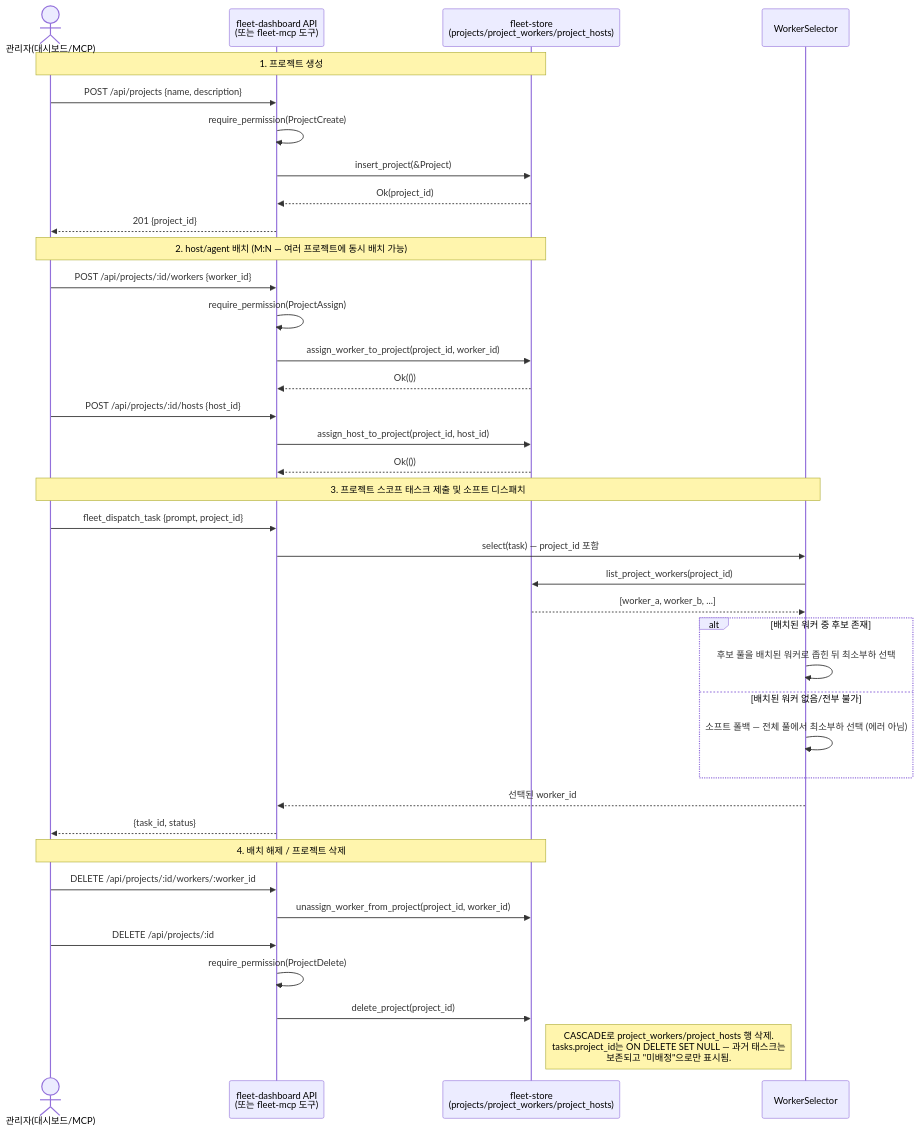
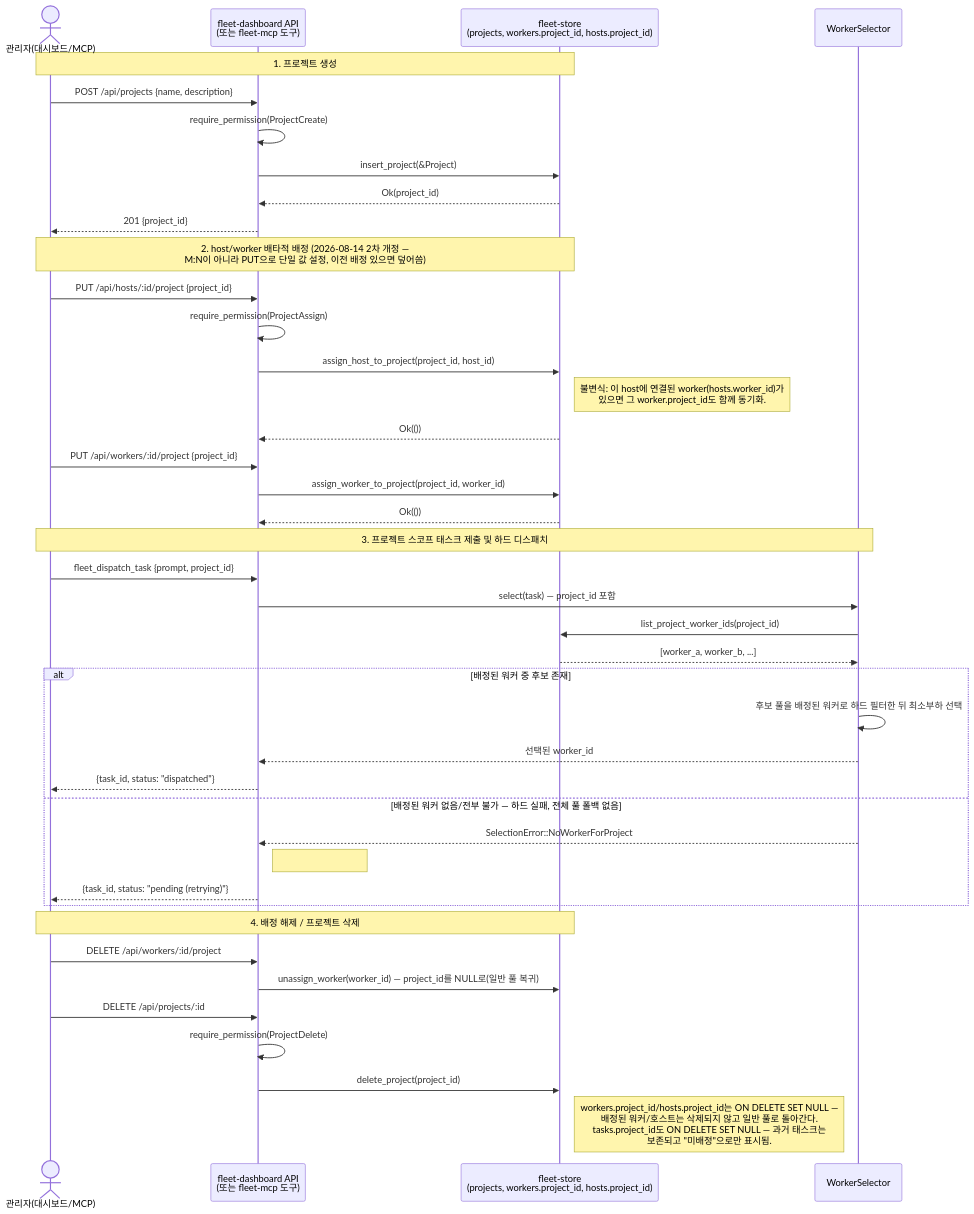
The diagram in docs/assets/diagrams/architecture/project-assignment-lifecycle.mermaid (yarang/grok-fleet-orchestrator), drawn with Mermaid before and after one commit. The commit also changed 6 other files, not shown here.

```diff
--- a/docs/assets/diagrams/architecture/project-assignment-lifecycle.mermaid
+++ b/docs/assets/diagrams/architecture/project-assignment-lifecycle.mermaid
@@ -1,42 +1,45 @@
 sequenceDiagram
     actor Admin as 관리자(대시보드/MCP)
     participant API as fleet-dashboard API<br/>(또는 fleet-mcp 도구)
-    participant Store as fleet-store<br/>(projects/project_workers/project_hosts)
+    participant Store as fleet-store<br/>(projects, workers.project_id, hosts.project_id)
     participant Sel as WorkerSelector
 
     Note over Admin,Store: 1. 프로젝트 생성
     Admin->>API: POST /api/projects {name, description}
     API->>API: require_permission(ProjectCreate)
     API->>Store: insert_project(&Project)
     Store-->>API: Ok(project_id)
     API-->>Admin: 201 {project_id}
 
-    Note over Admin,Store: 2. host/agent 배치 (M:N — 여러 프로젝트에 동시 배치 가능)
-    Admin->>API: POST /api/projects/:id/workers {worker_id}
+    Note over Admin,Store: 2. host/worker 배타적 배정 (2026-08-14 2차 개정 —<br/>M:N이 아니라 PUT으로 단일 값 설정, 이전 배정 있으면 덮어씀)
+    Admin->>API: PUT /api/hosts/:id/project {project_id}
     API->>API: require_permission(ProjectAssign)
+    API->>Store: assign_host_to_project(project_id, host_id)
+    Note right of Store: 불변식: 이 host에 연결된 worker(hosts.worker_id)가<br/>있으면 그 worker.project_id도 함께 동기화.
+    Store-->>API: Ok(())
+    Admin->>API: PUT /api/workers/:id/project {project_id}
     API->>Store: assign_worker_to_project(project_id, worker_id)
     Store-->>API: Ok(())
-    Admin->>API: POST /api/projects/:id/hosts {host_id}
-    API->>Store: assign_host_to_project(project_id, host_id)
-    Store-->>API: Ok(())
 
-    Note over Admin,Sel: 3. 프로젝트 스코프 태스크 제출 및 소프트 디스패치
+    Note over Admin,Sel: 3. 프로젝트 스코프 태스크 제출 및 하드 디스패치
     Admin->>API: fleet_dispatch_task {prompt, project_id}
     API->>Sel: select(task) — project_id 포함
-    Sel->>Store: list_project_workers(project_id)
+    Sel->>Store: list_project_worker_ids(project_id)
     Store-->>Sel: [worker_a, worker_b, ...]
-    alt 배치된 워커 중 후보 존재
-        Sel->>Sel: 후보 풀을 배치된 워커로 좁힌 뒤 최소부하 선택
-    else 배치된 워커 없음/전부 불가
-        Sel->>Sel: 소프트 폴백 — 전체 풀에서 최소부하 선택 (에러 아님)
+    alt 배정된 워커 중 후보 존재
+        Sel->>Sel: 후보 풀을 배정된 워커로 하드 필터한 뒤 최소부하 선택
+        Sel-->>API: 선택된 worker_id
+        API-->>Admin: {task_id, status: "dispatched"}
+    else 배정된 워커 없음/전부 불가 — 하드 실패, 전체 풀 폴백 없음
+        Sel-->>API: SelectionError::NoWorkerForProject
+        Note right of API: #38의 기존 WorkerUnavailable 재시도 경로 재사용 —<br/>새 메커니즘 없음. 재시도 활성이면 Pending 유지.
+        API-->>Admin: {task_id, status: "pending (retrying)"}
     end
-    Sel-->>API: 선택된 worker_id
-    API-->>Admin: {task_id, status}
 
-    Note over Admin,Store: 4. 배치 해제 / 프로젝트 삭제
-    Admin->>API: DELETE /api/projects/:id/workers/:worker_id
-    API->>Store: unassign_worker_from_project(project_id, worker_id)
+    Note over Admin,Store: 4. 배정 해제 / 프로젝트 삭제
+    Admin->>API: DELETE /api/workers/:id/project
+    API->>Store: unassign_worker(worker_id) — project_id를 NULL로(일반 풀 복귀)
     Admin->>API: DELETE /api/projects/:id
     API->>API: require_permission(ProjectDelete)
     API->>Store: delete_project(project_id)
-    Note right of Store: CASCADE로 project_workers/project_hosts 행 삭제.<br/>tasks.project_id는 ON DELETE SET NULL — 과거 태스크는<br/>보존되고 "미배정"으로만 표시됨.
+    Note right of Store: workers.project_id/hosts.project_id는 ON DELETE SET NULL —<br/>배정된 워커/호스트는 삭제되지 않고 일반 풀로 돌아간다.<br/>tasks.project_id도 ON DELETE SET NULL — 과거 태스크는<br/>보존되고 "미배정"으로만 표시됨.
```
